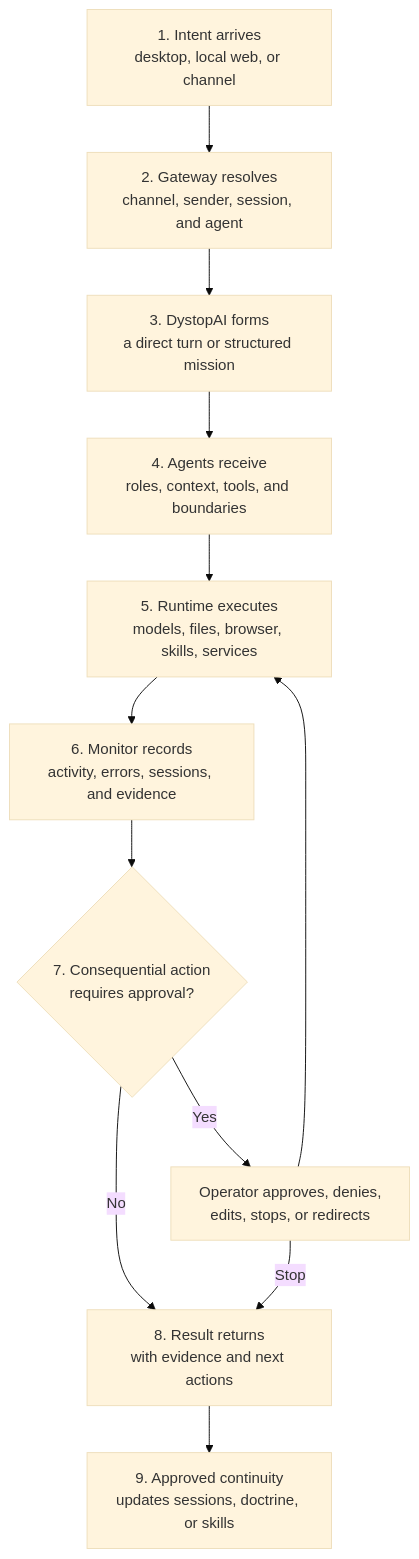
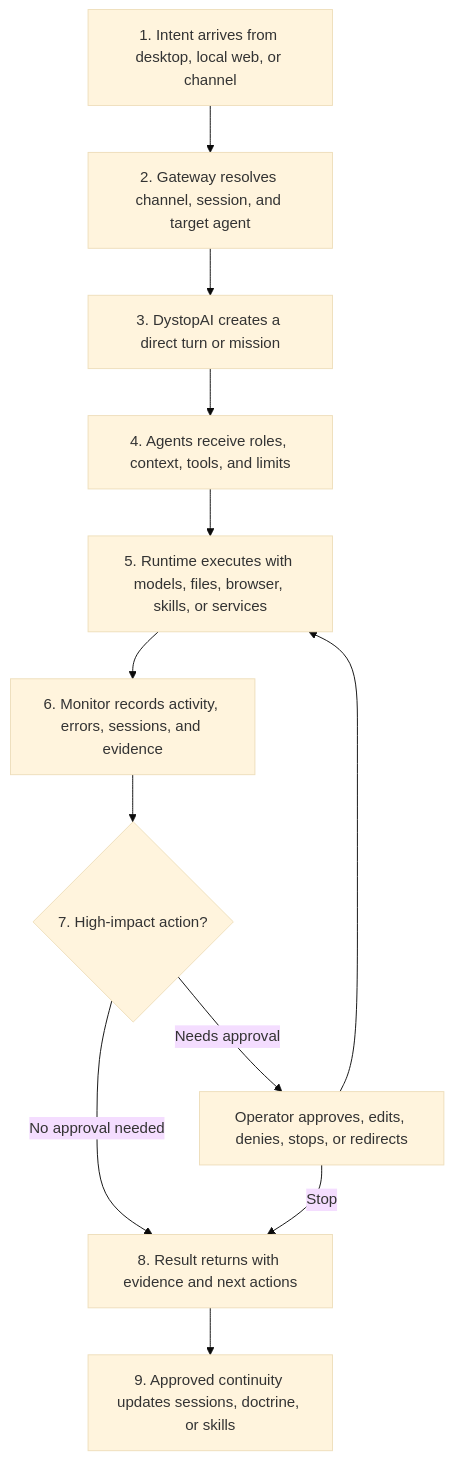
One commit to hotboysupreme12-hash/Automnia-AI-Nexus changed the second of 2 diagrams in README.md. Above: the diagram before and after it, drawn with Mermaid (base theme). The commit also changed other lines of this file, not shown here.

Commit message:
Refine README architecture and user guide sections

````diff
--- a/README.md
+++ b/README.md
@@ -251,19 +304,19 @@
 ```mermaid
 flowchart TD
-  Intent["1. Intent arrives<br/>desktop, local web, or channel"]
-  Route["2. Gateway resolves<br/>channel, sender, session, and agent"]
-  Plan["3. DystopAI forms<br/>a direct turn or structured mission"]
-  Dispatch["4. Agents receive<br/>roles, context, tools, and boundaries"]
-  Execute["5. Runtime executes<br/>models, files, browser, skills, services"]
-  Observe["6. Monitor records<br/>activity, errors, sessions, and evidence"]
-  Approval{"7. Consequential action<br/>requires approval?"}
-  Human["Operator approves, denies,<br/>edits, stops, or redirects"]
-  Report["8. Result returns<br/>with evidence and next actions"]
-  Memory["9. Approved continuity<br/>updates sessions, doctrine, or skills"]
+  Intent[1. Intent arrives from desktop, local web, or channel]
+  Route[2. Gateway resolves channel, session, and target agent]
+  Plan[3. DystopAI creates a direct turn or mission]
+  Dispatch[4. Agents receive roles, context, tools, and limits]
+  Execute[5. Runtime executes with models, files, browser, skills, or services]
+  Observe[6. Monitor records activity, errors, sessions, and evidence]
+  Approval{7. High-impact action?}
+  Human[Operator approves, edits, denies, stops, or redirects]
+  Report[8. Result returns with evidence and next actions]
+  Memory[9. Approved continuity updates sessions, doctrine, or skills]
 
   Intent --> Route --> Plan --> Dispatch --> Execute --> Observe --> Approval
-  Approval -->|Yes| Human --> Execute
-  Approval -->|No| Report
+  Approval -->|Needs approval| Human --> Execute
+  Approval -->|No approval needed| Report
   Human -->|Stop| Report
   Report --> Memory
 ```
````
